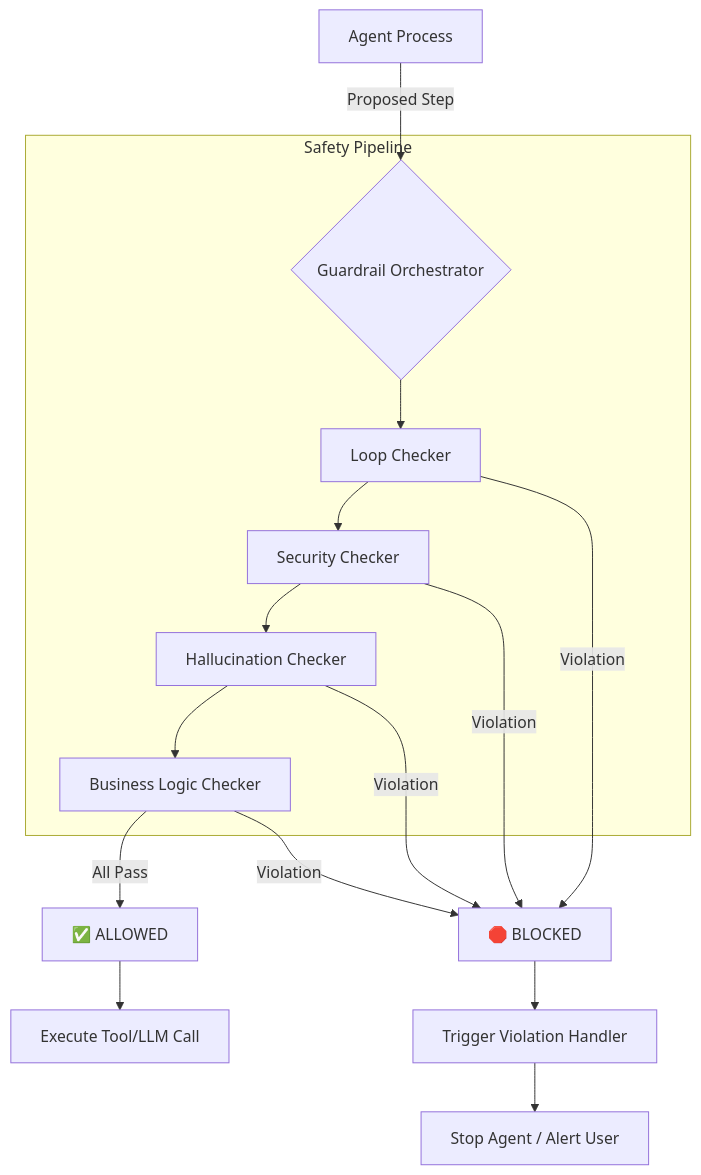
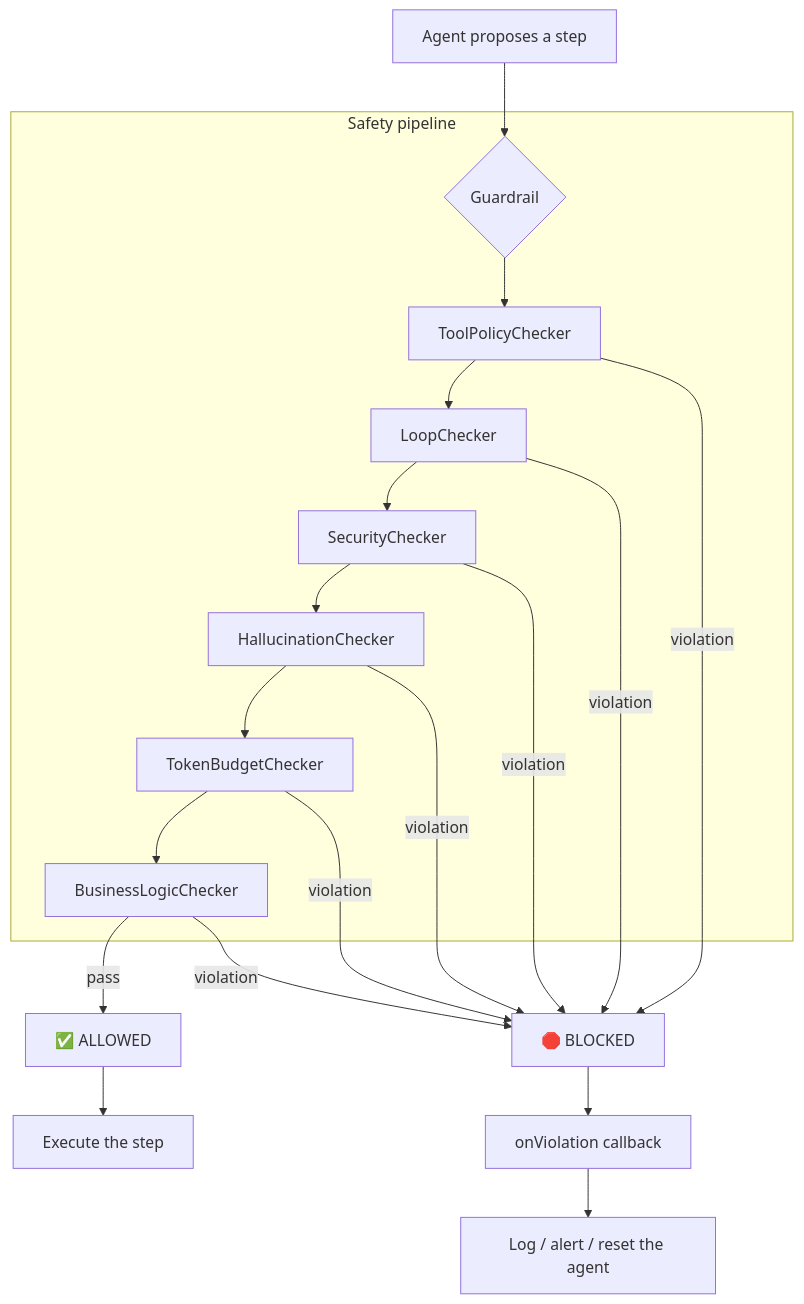
One commit to OMD-123/agent-loop-guard changed the diagram in README.md. Above: the diagram before and after it, drawn with Mermaid. The commit also changed other lines of this file and 57 other files, not shown here.

````diff
--- a/README.md
+++ b/README.md
@@ -20,21 +107,25 @@
 ```mermaid
 graph TD
-    A[Agent Process] -->|Proposed Step| B{Guardrail Orchestrator}
-    
-    subgraph Checkers [Safety Pipeline]
-        B --> C[Loop Checker]
-        C --> D[Security Checker]
-        D --> E[Hallucination Checker]
-        E --> F[Business Logic Checker]
+    A[Agent proposes a step] --> B{Guardrail}
+
+    subgraph Pipeline["Safety pipeline"]
+        B --> C[ToolPolicyChecker]
+        C --> D[LoopChecker]
+        D --> E[SecurityChecker]
+        E --> F[HallucinationChecker]
+        F --> G[TokenBudgetChecker]
+        G --> H[BusinessLogicChecker]
     end
-    
-    F -->|All Pass| G[✅ ALLOWED]
-    C -->|Violation| H[🛑 BLOCKED]
-    D -->|Violation| H
-    E -->|Violation| H
-    F -->|Violation| H
-    
-    G --> I[Execute Tool/LLM Call]
-    H --> J[Trigger Violation Handler]
-    J --> K[Stop Agent / Alert User]
+
+    H -->|pass| I[✅ ALLOWED]
+    C -->|violation| J[🛑 BLOCKED]
+    D -->|violation| J
+    E -->|violation| J
+    F -->|violation| J
+    G -->|violation| J
+    H -->|violation| J
+
+    I --> K[Execute the step]
+    J --> L[onViolation callback]
+    L --> M[Log / alert / reset the agent]
 ```
````
